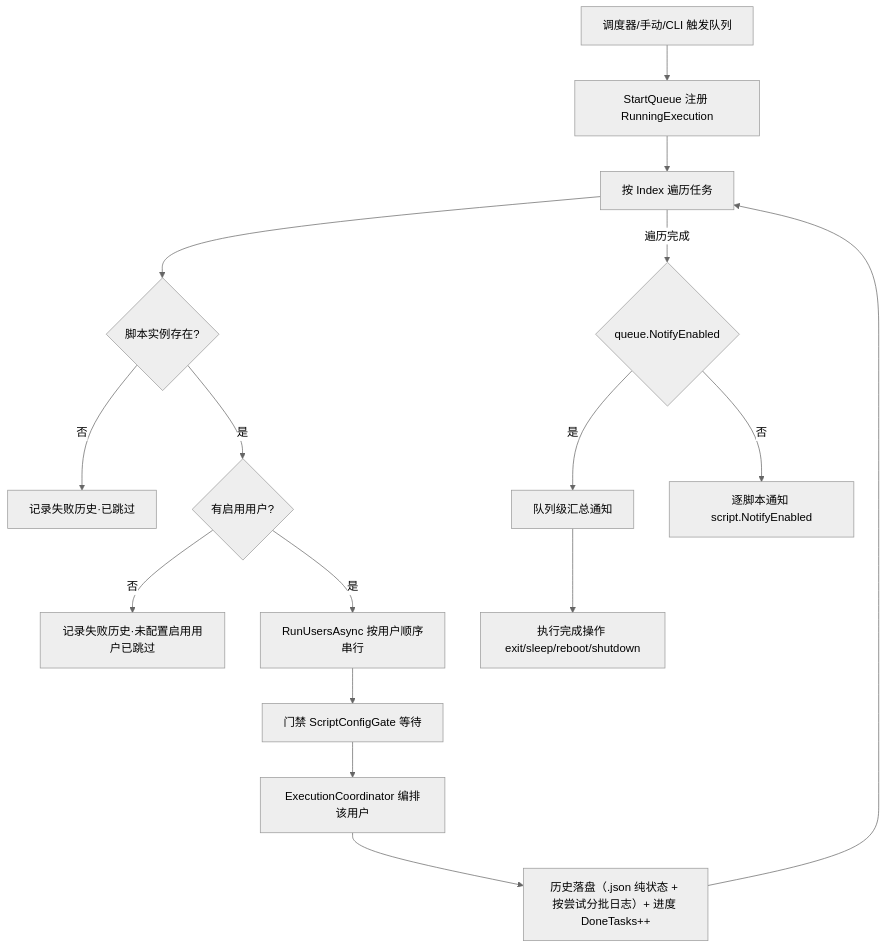
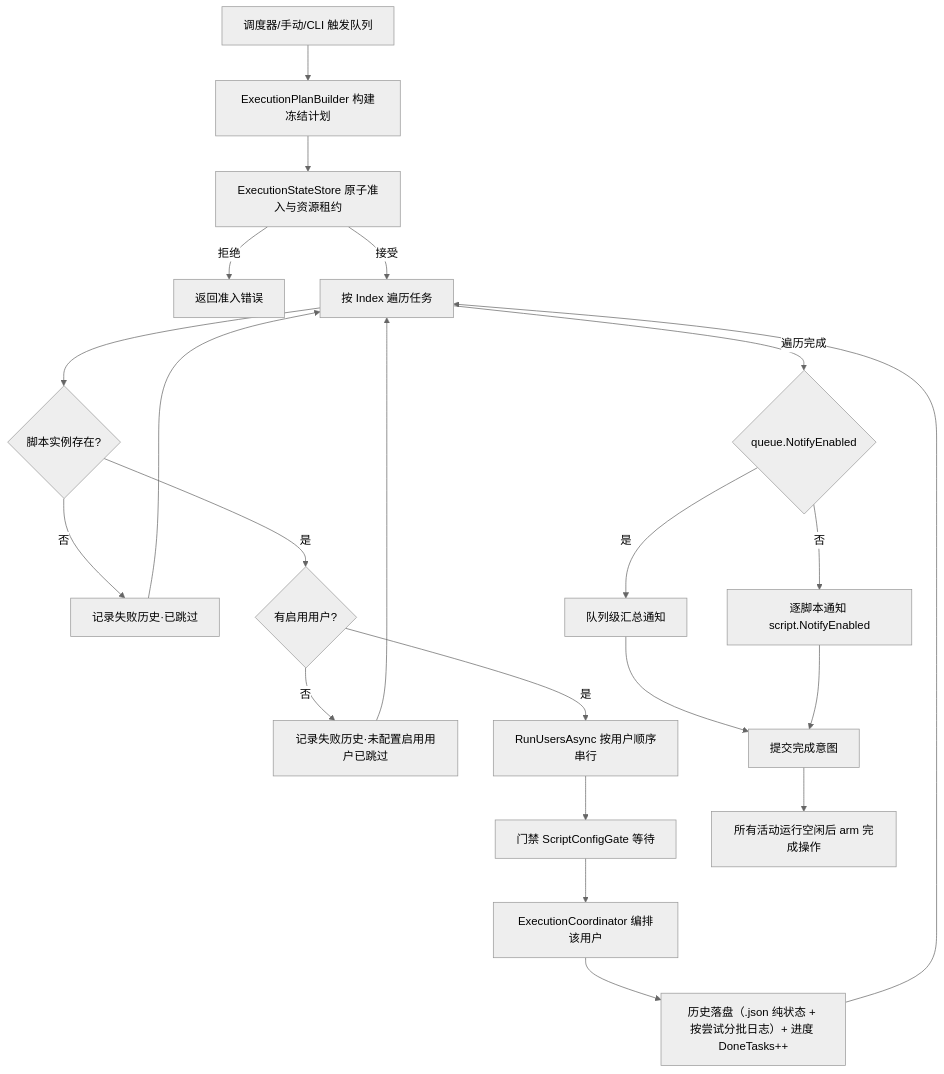
The second of 4 diagrams in docs/DESIGN.md (FlappiBakuse/NexusPipeline), drawn with Mermaid (neutral theme) before and after one commit. The commit also changed other lines of this file and 25 other files, not shown here.

````diff
--- a/docs/DESIGN.md
+++ b/docs/DESIGN.md
@@ -125,18 +139,24 @@
 ```mermaid
 flowchart TD
-    A[调度器/手动/CLI 触发队列] --> B[StartQueue 注册 RunningExecution]
-    B --> C[按 Index 遍历任务]
-    C --> D{脚本实例存在?}
-    D -- 否 --> E[记录失败历史·已跳过]
-    D -- 是 --> F{有启用用户?}
-    F -- 否 --> G[记录失败历史·未配置启用用户已跳过]
-    F -- 是 --> H[RunUsersAsync 按用户顺序串行]
-    H --> I[门禁 ScriptConfigGate 等待]
-    I --> J[ExecutionCoordinator 编排该用户]
-    J --> K[历史落盘（.json 纯状态 + 按尝试分批日志）+ 进度 DoneTasks++]
-    K --> C
-    C -- 遍历完成 --> L{queue.NotifyEnabled}
-    L -- 是 --> M[队列级汇总通知]
-    L -- 否 --> N[逐脚本通知 script.NotifyEnabled]
-    M --> O[执行完成操作 exit/sleep/reboot/shutdown]
+    A[调度器/手动/CLI 触发队列] --> B[ExecutionPlanBuilder 构建冻结计划]
+    B --> C[ExecutionStateStore 原子准入与资源租约]
+    C -- 拒绝 --> X[返回准入错误]
+    C -- 接受 --> D[按 Index 遍历任务]
+    D --> E{脚本实例存在?}
+    E -- 否 --> F[记录失败历史·已跳过]
+    E -- 是 --> G{有启用用户?}
+    G -- 否 --> H[记录失败历史·未配置启用用户已跳过]
+    G -- 是 --> I[RunUsersAsync 按用户顺序串行]
+    I --> J[门禁 ScriptConfigGate 等待]
+    J --> K[ExecutionCoordinator 编排该用户]
+    K --> L[历史落盘（.json 纯状态 + 按尝试分批日志）+ 进度 DoneTasks++]
+    L --> D
+    F --> D
+    H --> D
+    D -- 遍历完成 --> M{queue.NotifyEnabled}
+    M -- 是 --> N[队列级汇总通知]
+    M -- 否 --> O[逐脚本通知 script.NotifyEnabled]
+    N --> P[提交完成意图]
+    O --> P
+    P --> Q[所有活动运行空闲后 arm 完成操作]
 ```
````
